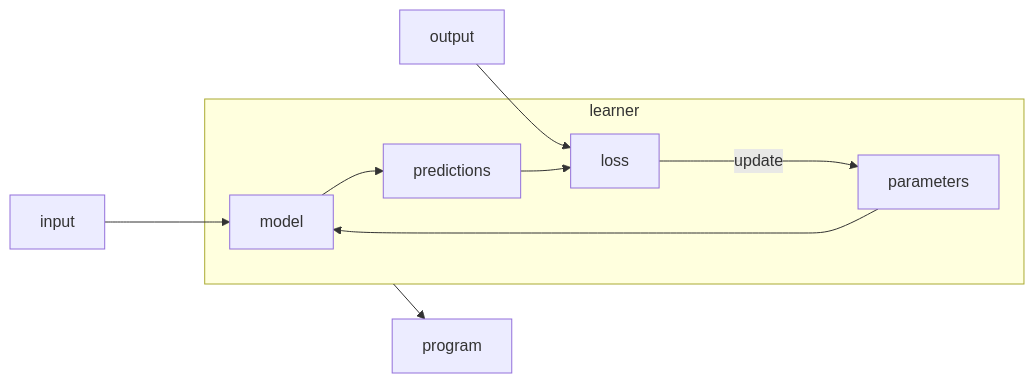
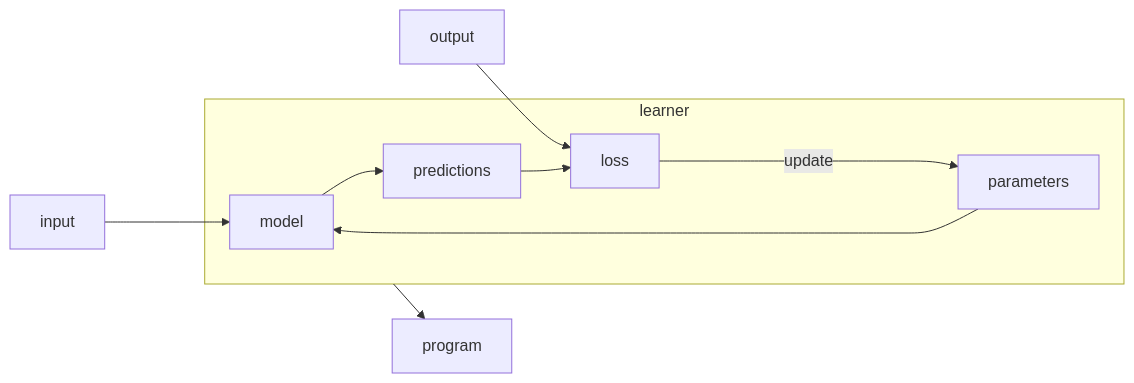
The third of 3 diagrams in _posts/2023-08-16-rivoluzione.md (nicoladerric/nicoladerric.github.io), drawn with Mermaid before and after one commit.

````diff
--- a/_posts/2023-08-16-rivoluzione.md
+++ b/_posts/2023-08-16-rivoluzione.md
@@ -53,12 +53,12 @@
 ```mermaid
 flowchart LR;
     input ---> model;
     output --> loss;
     subgraph learner
+    model --> predictions;
     parameters --> model;
-    model --> predictions;
     predictions --> loss;
-    loss ----> |update|parameters;
+    loss ------> |update|parameters;
     end
     learner --> program
 ```
````
